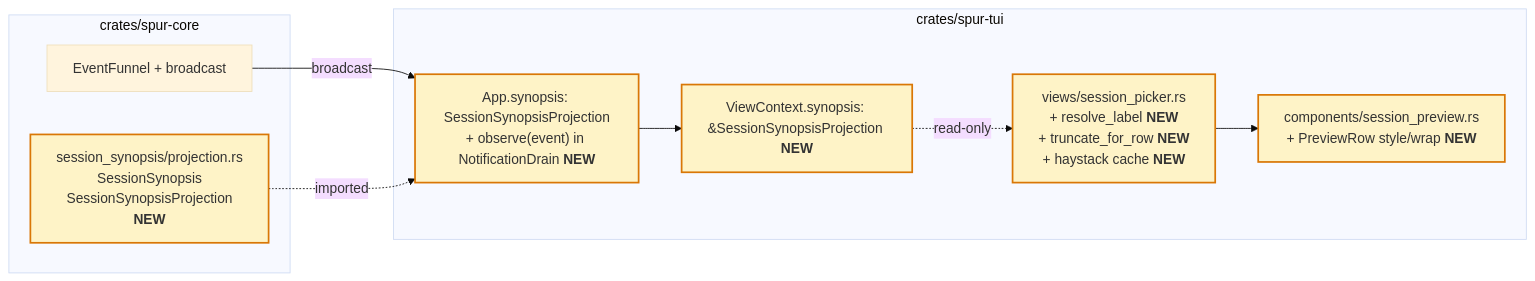
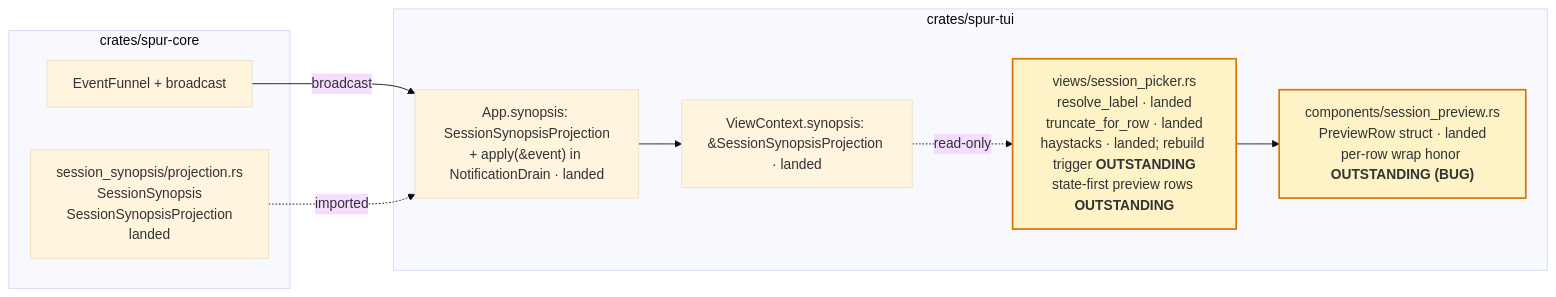
The second of 2 diagrams in docs/superpowers/specs/2026-04-28-session-picker-recall-revamp-design.md (getspur/spur), drawn with Mermaid (base theme) before and after one commit. The commit also changed other lines of this file, not shown here.

First line of the commit message:
docs(spur-tui): revise session-picker recall spec post territory audit

````diff
--- a/docs/superpowers/specs/2026-04-28-session-picker-recall-revamp-design.md
+++ b/docs/superpowers/specs/2026-04-28-session-picker-recall-revamp-design.md
@@ -108,23 +132,23 @@
 ```mermaid
 flowchart LR
     subgraph spur_core["crates/spur-core"]
         Funnel["EventFunnel + broadcast"]
-        ProjType["session_synopsis/projection.rs<br/>SessionSynopsis<br/>SessionSynopsisProjection<br/><b>NEW</b>"]
+        ProjType["session_synopsis/projection.rs<br/>SessionSynopsis<br/>SessionSynopsisProjection<br/>landed"]
     end
 
     subgraph spur_tui["crates/spur-tui"]
-        App["App.synopsis: SessionSynopsisProjection<br/>+ observe&lpar;event&rpar; in NotificationDrain <b>NEW</b>"]
-        VC["ViewContext.synopsis: &SessionSynopsisProjection <b>NEW</b>"]
-        Picker["views/session_picker.rs<br/>+ resolve_label <b>NEW</b><br/>+ truncate_for_row <b>NEW</b><br/>+ haystack cache <b>NEW</b>"]
-        PreviewC["components/session_preview.rs<br/>+ PreviewRow style/wrap <b>NEW</b>"]
+        App["App.synopsis: SessionSynopsisProjection<br/>+ apply&lpar;&event&rpar; in NotificationDrain · landed"]
+        VC["ViewContext.synopsis: &SessionSynopsisProjection · landed"]
+        Picker["views/session_picker.rs<br/>resolve_label · landed<br/>truncate_for_row · landed<br/>haystacks · landed; rebuild trigger <b>OUTSTANDING</b><br/>state-first preview rows <b>OUTSTANDING</b>"]
+        PreviewC["components/session_preview.rs<br/>PreviewRow struct · landed<br/>per-row wrap honor <b>OUTSTANDING (BUG)</b>"]
     end
 
     Funnel -->|broadcast| App
     ProjType -.imported.-> App
     App --> VC
     VC -.read-only.-> Picker
     Picker --> PreviewC
 
     classDef new fill:#fef3c7,stroke:#d97706,stroke-width:2px
-    class ProjType,App,VC,Picker,PreviewC new
+    class Picker,PreviewC new
 ```
````
